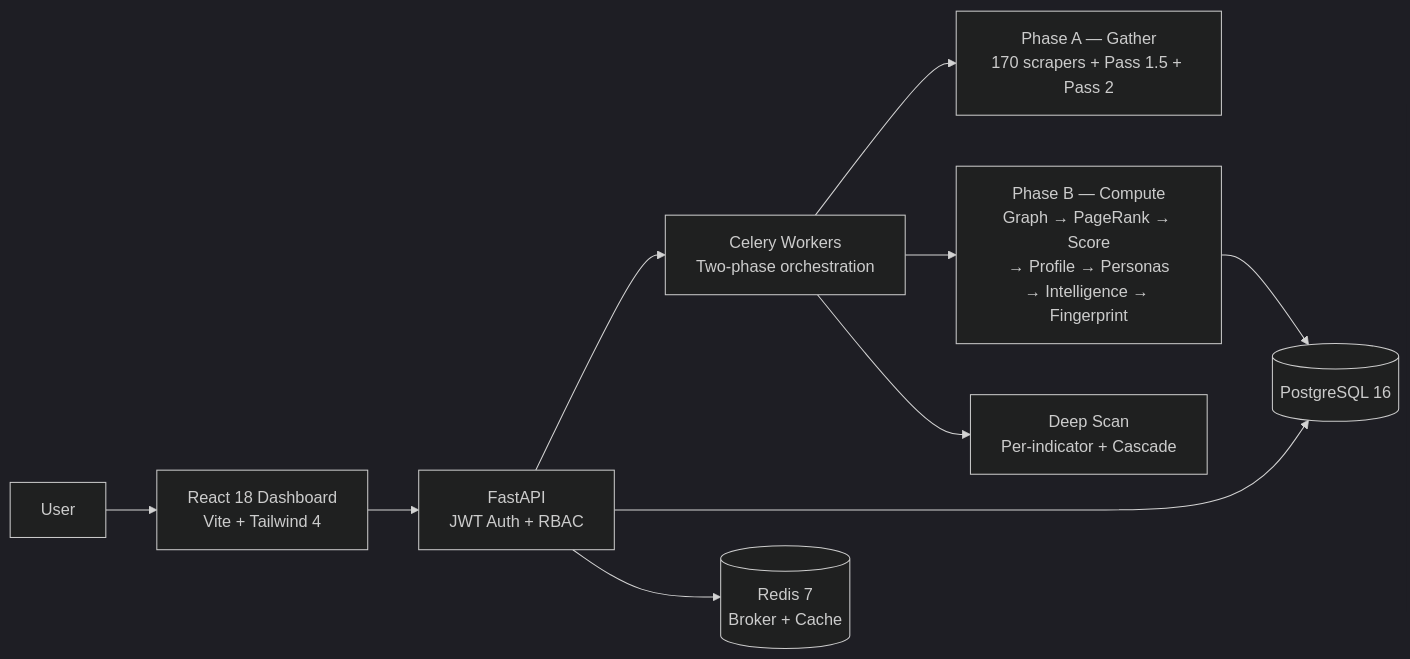
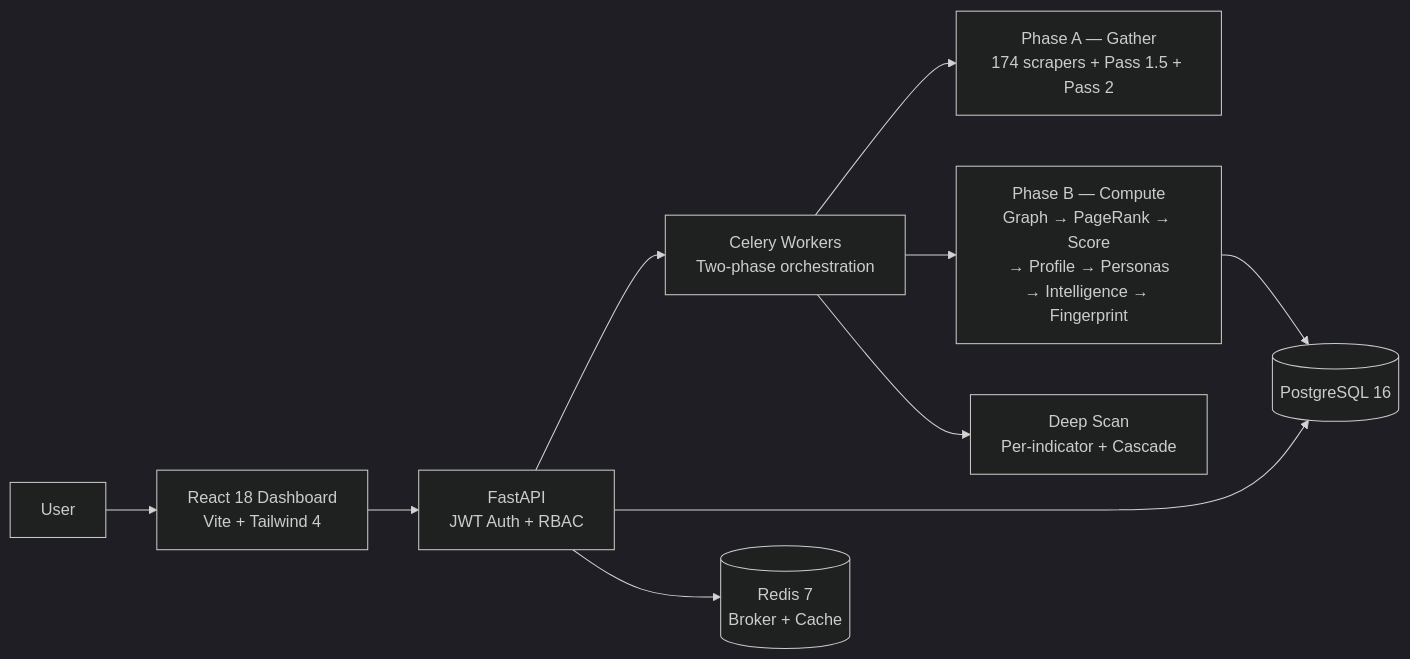
The diagram in README.md (nabz0r/xposeTIP), drawn with Mermaid (dark theme) before and after one commit. The commit also changed other lines of this file and 20 other files, not shown here.

````diff
--- a/README.md
+++ b/README.md
@@ -117,12 +117,12 @@
 ```mermaid
 graph LR
     U[User] --> R[React 18 Dashboard<br/>Vite + Tailwind 4]
     R --> A[FastAPI<br/>JWT Auth + RBAC]
     A --> C[Celery Workers<br/>Two-phase orchestration]
     A --> PG[(PostgreSQL 16)]
     A --> RD[(Redis 7<br/>Broker + Cache)]
-    C --> P1[Phase A — Gather<br/>170 scrapers + Pass 1.5 + Pass 2]
+    C --> P1[Phase A — Gather<br/>174 scrapers + Pass 1.5 + Pass 2]
     C --> P2[Phase B — Compute<br/>Graph → PageRank → Score<br/>→ Profile → Personas<br/>→ Intelligence → Fingerprint]
     P2 --> PG
     C --> DS[Deep Scan<br/>Per-indicator + Cascade]
 ```
````
